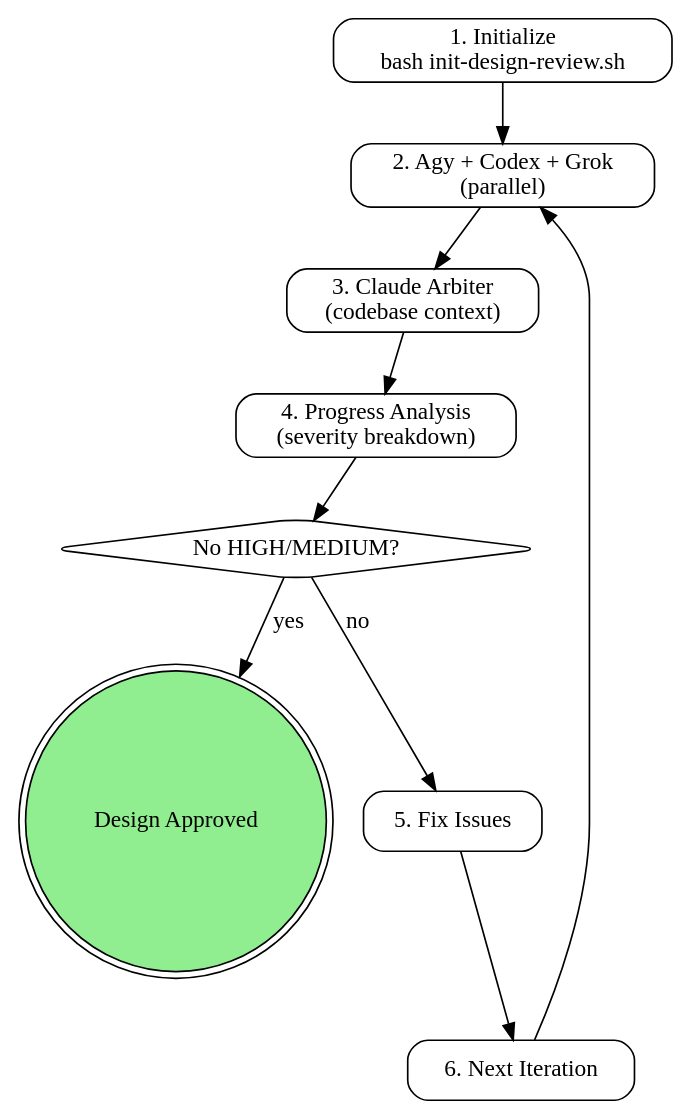
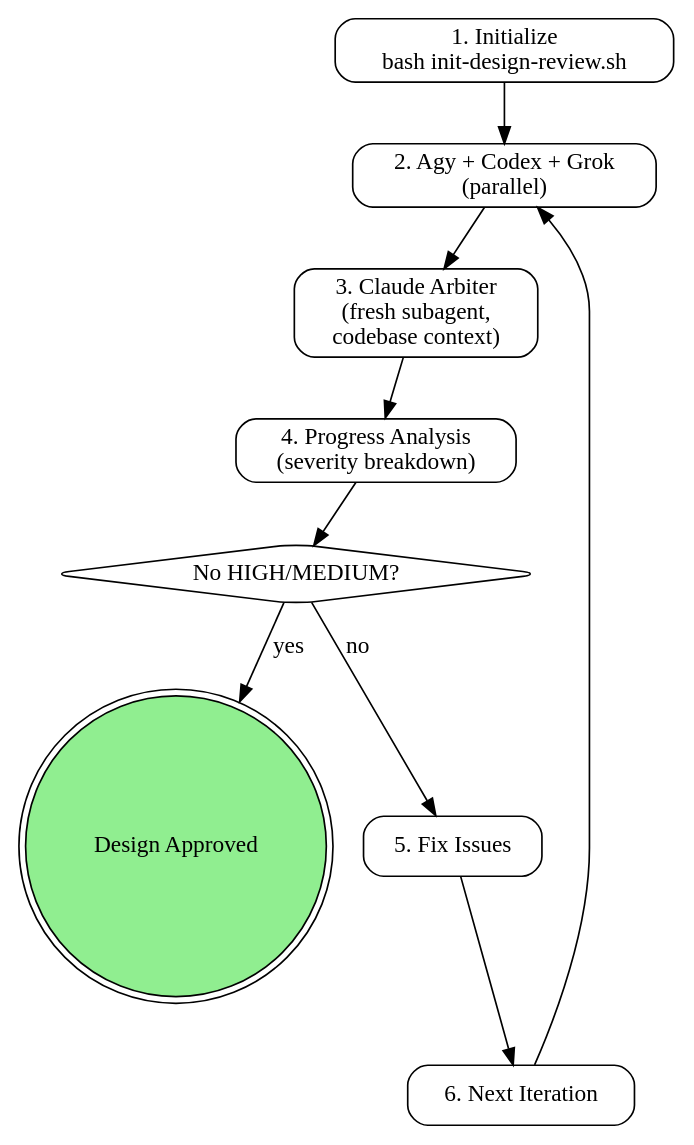
One commit to chris-yyau/busdriver changed the diagram in skills/blueprint-review/SKILL.md. Above: the diagram before and after it, drawn with Graphviz. The commit also changed other lines of this file and 5 other files, not shown here.

````diff
--- a/skills/blueprint-review/SKILL.md
+++ b/skills/blueprint-review/SKILL.md
@@ -106,24 +108,24 @@
 ```dot
 digraph review {
     rankdir=TB;
     node [shape=box, style=rounded];
 
     init [label="1. Initialize\nbash init-design-review.sh"];
     parallel [label="2. Agy + Codex + Grok\n(parallel)"];
-    claude [label="3. Claude Arbiter\n(codebase context)"];
+    claude [label="3. Claude Arbiter\n(fresh subagent,\ncodebase context)"];
     progress [label="4. Progress Analysis\n(severity breakdown)"];
     converged [label="No HIGH/MEDIUM?" shape=diamond];
     done [label="Design Approved" shape=doublecircle style=filled fillcolor=lightgreen];
     fix [label="5. Fix Issues"];
     iterate [label="6. Next Iteration"];
 
     init -> parallel;
     parallel -> claude;
     claude -> progress;
     progress -> converged;
     converged -> done [label="yes"];
     converged -> fix [label="no"];
     fix -> iterate;
     iterate -> parallel;
 }
 ```
````
